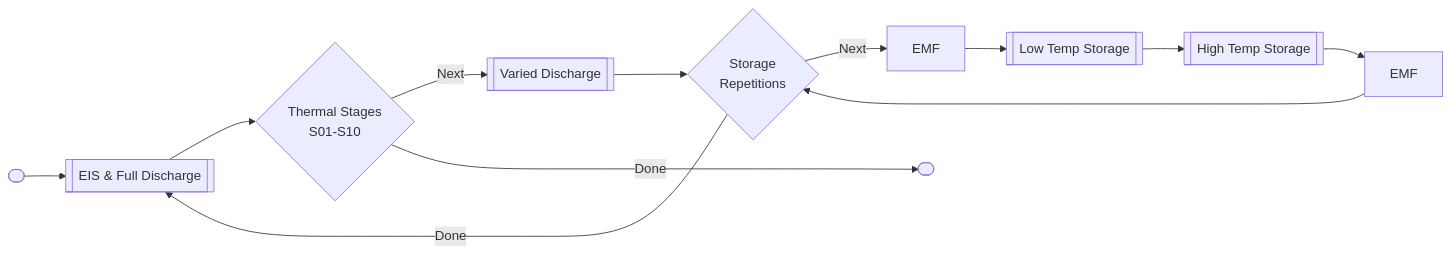
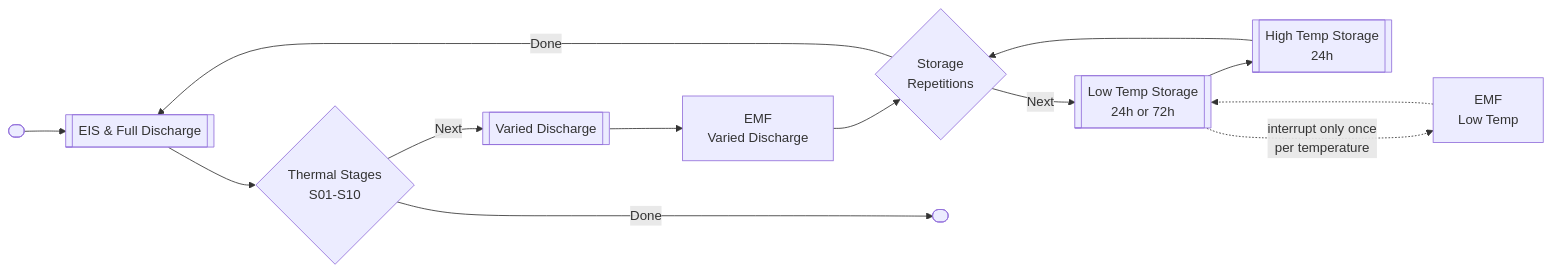
The first of 3 diagrams in Docs/UCT003 SoH Methodology.md (UCT-MARiS/SISPS-EXP-SOH), drawn with Mermaid before and after one commit. The commit also changed other lines of this file and 1 other file, not shown here.

````diff
--- a/Docs/UCT003 SoH Methodology.md
+++ b/Docs/UCT003 SoH Methodology.md
@@ -55,27 +56,28 @@
 ```mermaid
 flowchart LR
 
 start([ ])
 stage{Thermal Stages <br> S01-S10}
 repetition{Storage <br> Repetitions}
 varied[[Varied Discharge]]
-coldStorage[[Low Temp Storage]]
-warmStorage[[High Temp Storage]]
-emfPre[EMF]
-emfPost[EMF]
+coldStorage[[Low Temp Storage<br>24h or 72h]]
+warmStorage[[High Temp Storage<br>24h]]
+emfVD[EMF<br>Varied Discharge]
+emfLT[EMF<br>Low Temp]
 discharge[[EIS & Full Discharge]]
 done([ ])
 
 start --> discharge
 stage -->|Next| varied
-varied --> repetition
-repetition -->|Next| emfPre
-emfPre --> coldStorage
+varied --> emfVD
+emfVD --> repetition
+repetition -->|Next| coldStorage
+coldStorage -..->|interrupt only once<br> per temperature| emfLT
+emfLT -.-> coldStorage
 coldStorage --> warmStorage
-warmStorage --> emfPost
-emfPost --> repetition
+warmStorage --> repetition
 repetition -->|Done| discharge
 discharge --> stage
 
 stage ---->|Done| done
 ```
````
